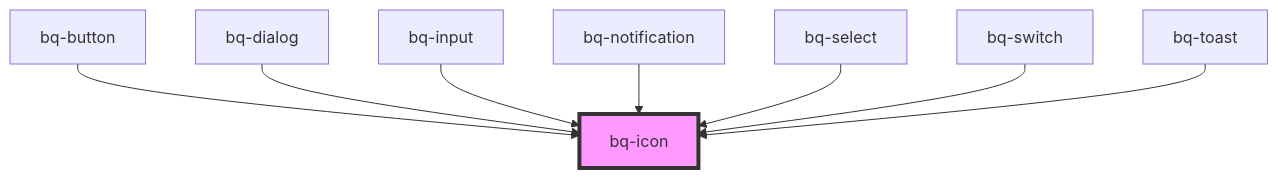
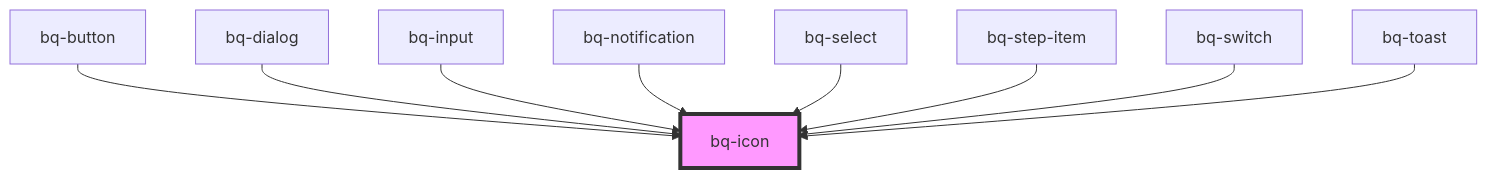
Before and after one commit to Endava/BEEQ: the diagram in packages/beeq/src/components/icon/readme.md, drawn with Mermaid. The commit also changed other lines of this file and 17 other files, not shown here.

Commit message:
feat(steps): add stepper and step-item components

````diff
--- a/packages/beeq/src/components/icon/readme.md
+++ b/packages/beeq/src/components/icon/readme.md
@@ -48,11 +49,12 @@
 ```mermaid
 graph TD;
   bq-button --> bq-icon
   bq-dialog --> bq-icon
   bq-input --> bq-icon
   bq-notification --> bq-icon
   bq-select --> bq-icon
+  bq-step-item --> bq-icon
   bq-switch --> bq-icon
   bq-toast --> bq-icon
   style bq-icon fill:#f9f,stroke:#333,stroke-width:4px
 ```
````
